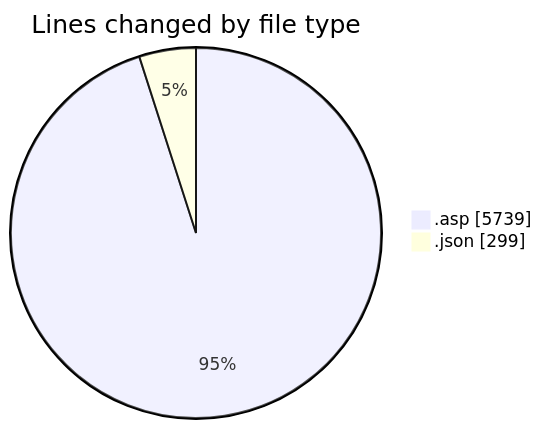
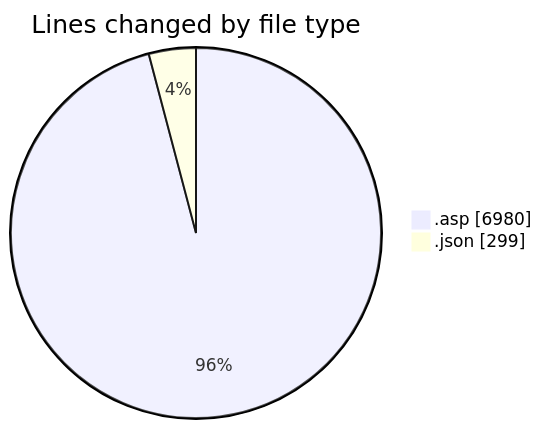
Before and after one commit to julien-gomy/code-tracking: the first of 2 diagrams in 2025-11-15/usr_aleoudev_fr__workspace_/README.md, drawn with Mermaid. The commit also changed other lines of this file and 1 other file, not shown here.

````diff
--- a/2025-11-15/usr_aleoudev_fr__workspace_/README.md
+++ b/2025-11-15/usr_aleoudev_fr__workspace_/README.md
@@ -25,6 +26,6 @@
 ```mermaid
 pie showData
 title Lines changed by file type
-".asp" : 5739
+".asp" : 6980
 ".json" : 299
 ```
````
